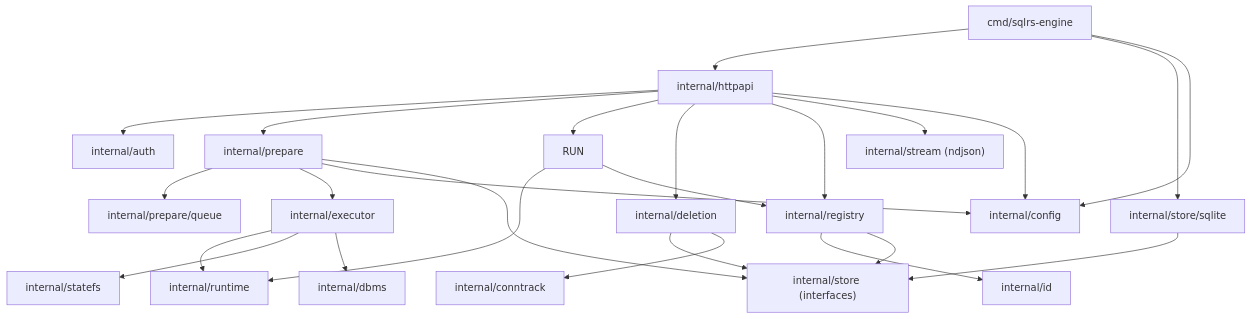
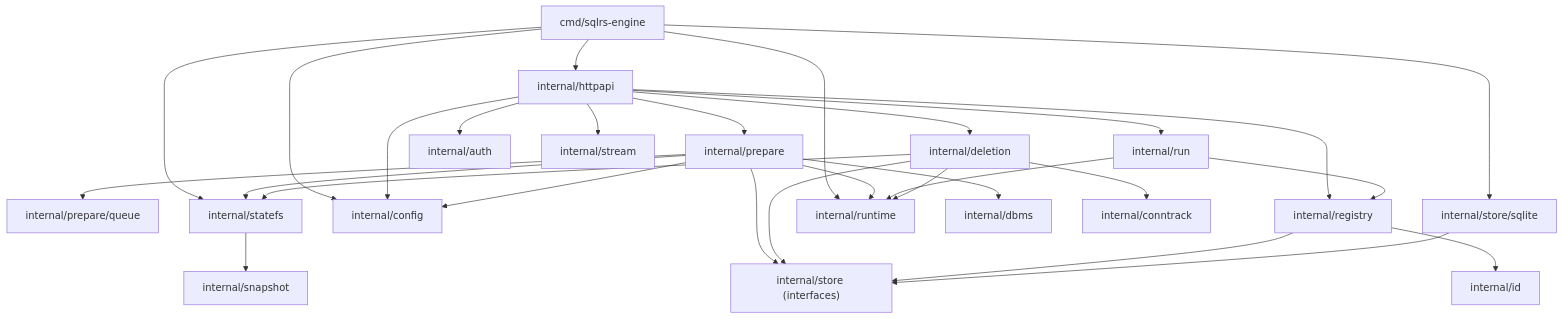
One commit to kimak-irmagi/taidon changed the diagram in docs/architecture/local-engine-component-structure.RU.md. Above: the diagram before and after it, drawn with Mermaid. The commit also changed other lines of this file and 9 other files, not shown here.

````diff
--- a/docs/architecture/local-engine-component-structure.RU.md
+++ b/docs/architecture/local-engine-component-structure.RU.md
@@ -117,45 +90,54 @@
 ```mermaid
 flowchart TD
   CMD["cmd/sqlrs-engine"]
   HTTP["internal/httpapi"]
   PREP["internal/prepare"]
   QUEUE["internal/prepare/queue"]
-  EXEC["internal/executor"]
-  RT["internal/runtime"]
-  SNAP["internal/statefs"]
-  DBMS["internal/dbms"]
+  RUN["internal/run"]
   DEL["internal/deletion"]
-  CONN["internal/conntrack"]
+  REG["internal/registry"]
   AUTH["internal/auth"]
-  REG["internal/registry"]
-  ID["internal/id"]
+  CFG["internal/config"]
   STORE["internal/store (interfaces)"]
   SQLITE["internal/store/sqlite"]
-  STREAM["internal/stream (ndjson)"]
-  CFG["internal/config"]
+  STATEFS["internal/statefs"]
+  SNAPSHOT["internal/snapshot"]
+  RT["internal/runtime"]
+  DBMS["internal/dbms"]
+  CONN["internal/conntrack"]
+  ID["internal/id"]
+  STREAM["internal/stream"]
 
   CMD --> HTTP
+  CMD --> CFG
   CMD --> SQLITE
-  CMD --> CFG
+  CMD --> STATEFS
+  CMD --> RT
+
   HTTP --> AUTH
   HTTP --> PREP
   HTTP --> RUN
   HTTP --> DEL
   HTTP --> REG
+  HTTP --> CFG
   HTTP --> STREAM
-  HTTP --> CFG
+
   PREP --> QUEUE
-  PREP --> EXEC
+  PREP --> RT
+  PREP --> DBMS
+  PREP --> STATEFS
+  PREP --> STORE
   PREP --> CFG
-  EXEC --> RT
-  EXEC --> SNAP
-  EXEC --> DBMS
+
+  RUN --> RT
+  RUN --> REG
   DEL --> STORE
   DEL --> CONN
-  RUN --> RT
-  RUN --> REG
-  PREP --> STORE
+  DEL --> RT
+  DEL --> STATEFS
   REG --> ID
   REG --> STORE
+
+  STATEFS --> SNAPSHOT
   SQLITE --> STORE
 ```
````
